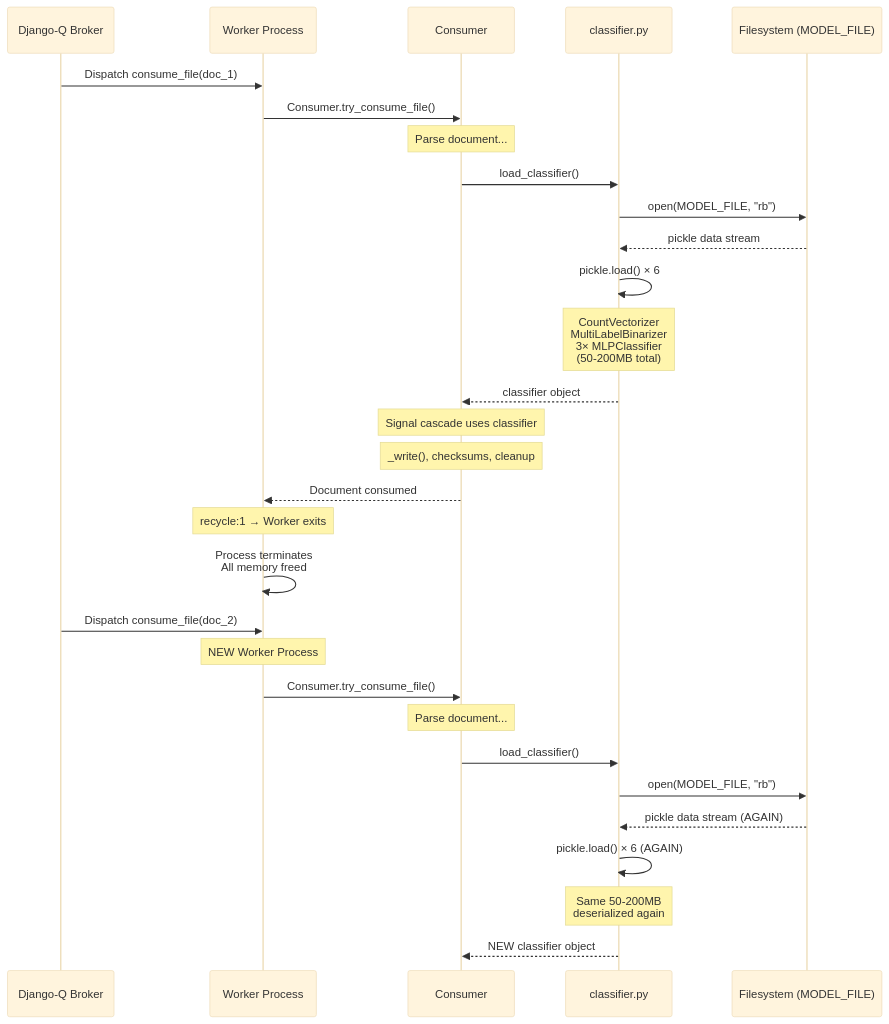
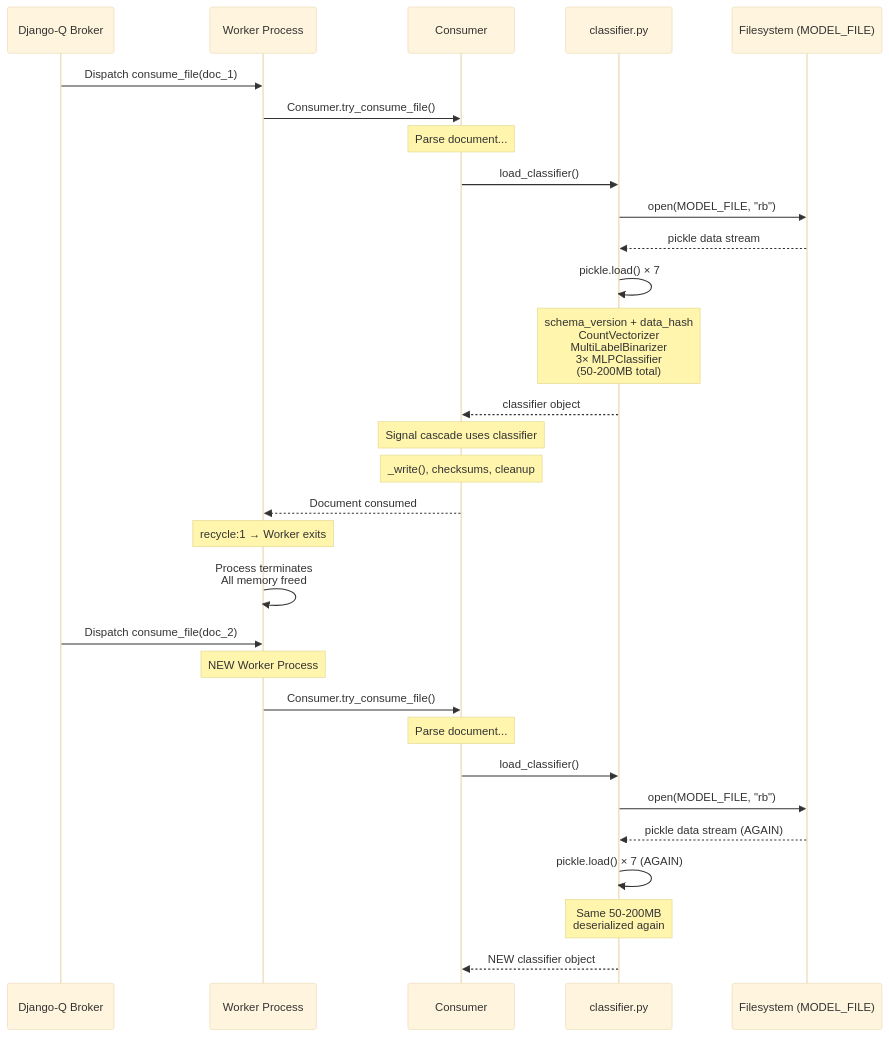
The second of 4 diagrams in blitzy/documentation/paperless-ngx_542221a38dff.md (blitzy-research/paperless-ngx), drawn with Mermaid (base theme) before and after one commit. The commit also changed other lines of this file, not shown here.

````diff
--- a/blitzy/documentation/paperless-ngx_542221a38dff.md
+++ b/blitzy/documentation/paperless-ngx_542221a38dff.md
@@ -1017,34 +1086,34 @@
 ```mermaid
 sequenceDiagram
     participant DQ as Django-Q Broker
     participant W1 as Worker Process #1
     participant C as Consumer
     participant CL as classifier.py
     participant FS as Filesystem (MODEL_FILE)
 
     DQ->>W1: Dispatch consume_file(doc_1)
     W1->>C: Consumer.try_consume_file()
     Note over C: Parse document...
     C->>CL: load_classifier()
     CL->>FS: open(MODEL_FILE, "rb")
     FS-->>CL: pickle data stream
-    CL->>CL: pickle.load() × 6
-    Note over CL: CountVectorizer<br/>MultiLabelBinarizer<br/>3× MLPClassifier<br/>(50-200MB total)
+    CL->>CL: pickle.load() × 7
+    Note over CL: schema_version + data_hash<br/>CountVectorizer<br/>MultiLabelBinarizer<br/>3× MLPClassifier<br/>(50-200MB total)
     CL-->>C: classifier object
     Note over C: Signal cascade uses classifier
     Note over C: _write(), checksums, cleanup
     C-->>W1: Document consumed
     Note over W1: recycle:1 → Worker exits
     W1->>W1: Process terminates<br/>All memory freed
 
     DQ->>W1: Dispatch consume_file(doc_2)
     Note over W1: NEW Worker Process
     W1->>C: Consumer.try_consume_file()
     Note over C: Parse document...
     C->>CL: load_classifier()
     CL->>FS: open(MODEL_FILE, "rb")
     FS-->>CL: pickle data stream (AGAIN)
-    CL->>CL: pickle.load() × 6 (AGAIN)
+    CL->>CL: pickle.load() × 7 (AGAIN)
     Note over CL: Same 50-200MB<br/>deserialized again
     CL-->>C: NEW classifier object
 ```
````
